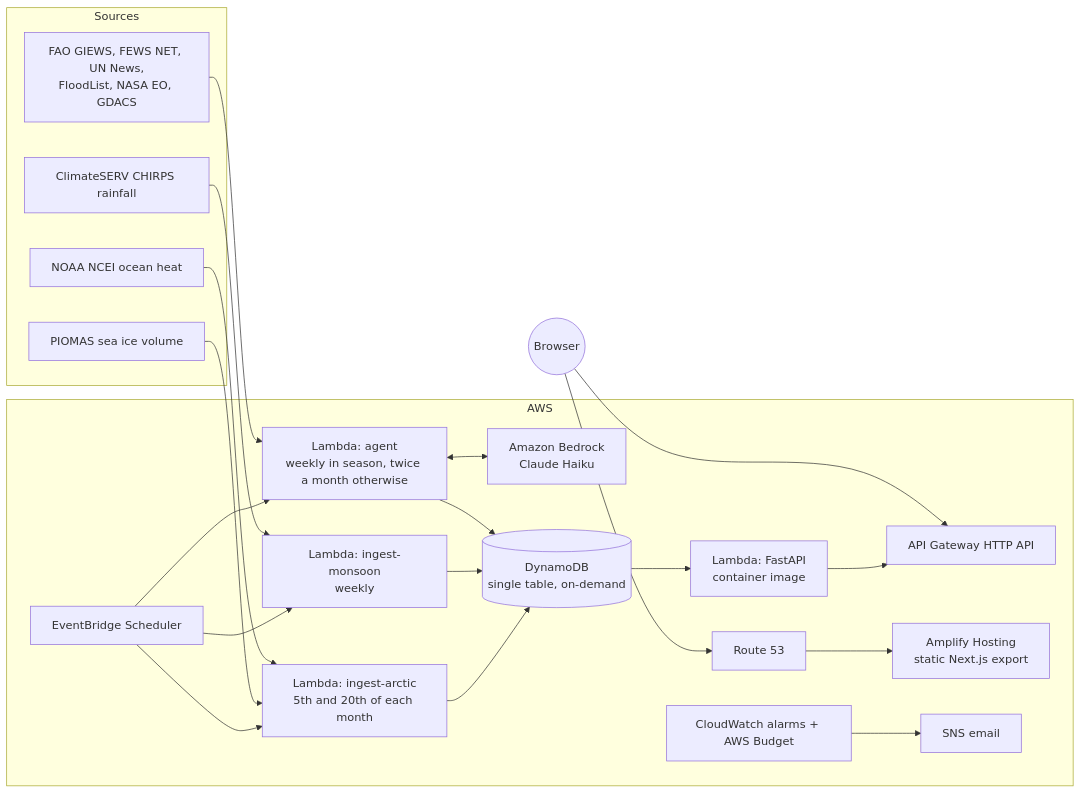
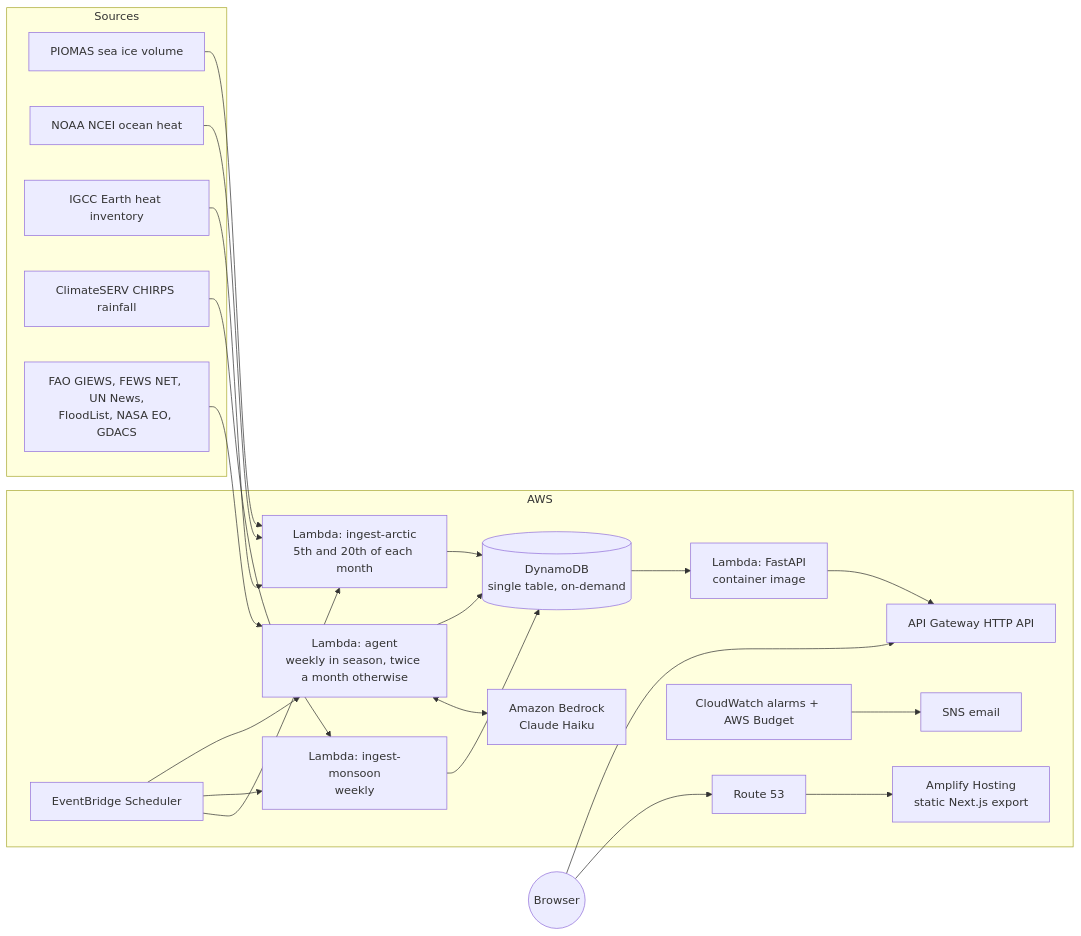
Before and after one commit to stickfigure3/climate-hubris: the diagram in README.md, drawn with Mermaid. The commit also changed other lines of this file and 35 other files, not shown here.

````diff
--- a/README.md
+++ b/README.md
@@ -12,35 +12,36 @@
 ```mermaid
 flowchart LR
   subgraph Sources
     PIOMAS[PIOMAS sea ice volume]
     NCEI[NOAA NCEI ocean heat]
+    IGCC[IGCC Earth heat inventory]
     CS[ClimateSERV CHIRPS rainfall]
     DOCS[FAO GIEWS, FEWS NET, UN News,<br/>FloodList, NASA EO, GDACS]
   end
 
   subgraph AWS
     SCHED[EventBridge Scheduler]
     ARCTIC[Lambda: ingest-arctic<br/>5th and 20th of each month]
     MONSOON[Lambda: ingest-monsoon<br/>weekly]
     AGENT[Lambda: agent<br/>weekly in season, twice a month otherwise]
     BEDROCK[Amazon Bedrock<br/>Claude Haiku]
     DDB[(DynamoDB<br/>single table, on-demand)]
     API[Lambda: FastAPI<br/>container image]
     GW[API Gateway HTTP API]
     AMP[Amplify Hosting<br/>static Next.js export]
     R53[Route 53]
     CW[CloudWatch alarms + AWS Budget]
     SNS[SNS email]
   end
 
   SCHED --> ARCTIC & MONSOON & AGENT
-  PIOMAS & NCEI --> ARCTIC
+  PIOMAS & NCEI & IGCC --> ARCTIC
   CS --> MONSOON
   DOCS --> AGENT
   AGENT <--> BEDROCK
   ARCTIC & MONSOON & AGENT --> DDB
   DDB --> API --> GW
   Browser((Browser)) --> R53 --> AMP
   Browser --> GW
   CW --> SNS
 ```
````
